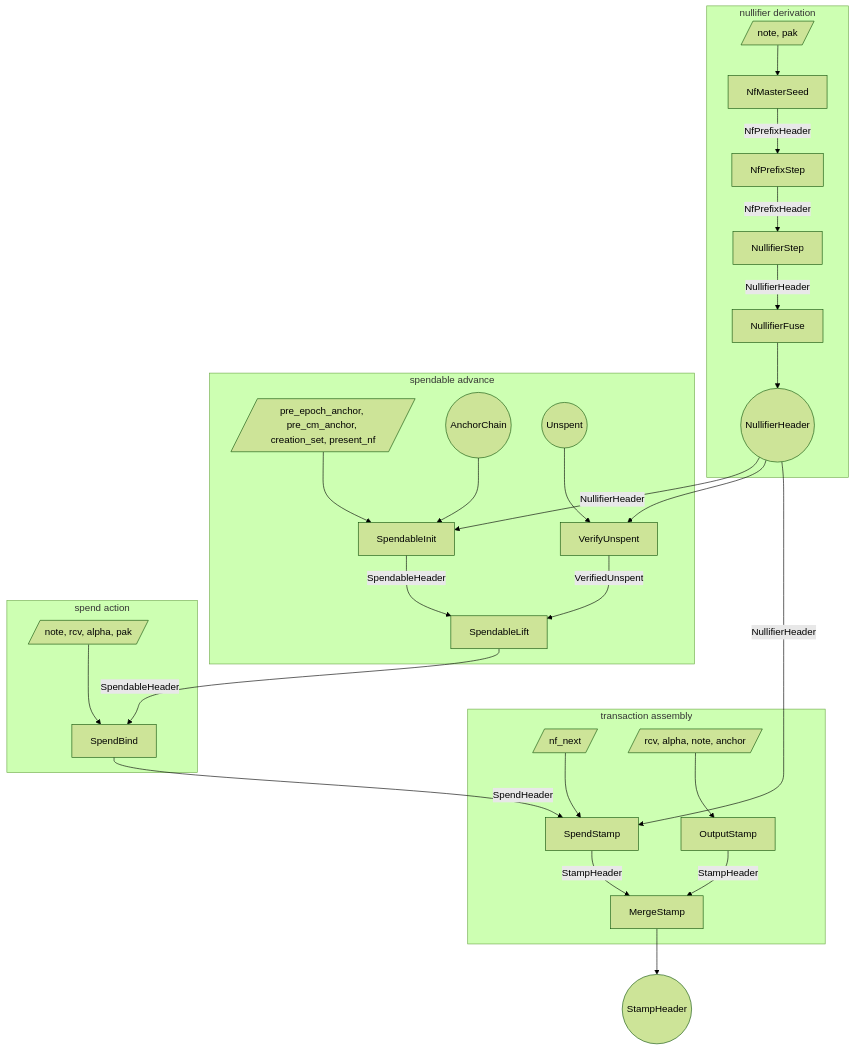
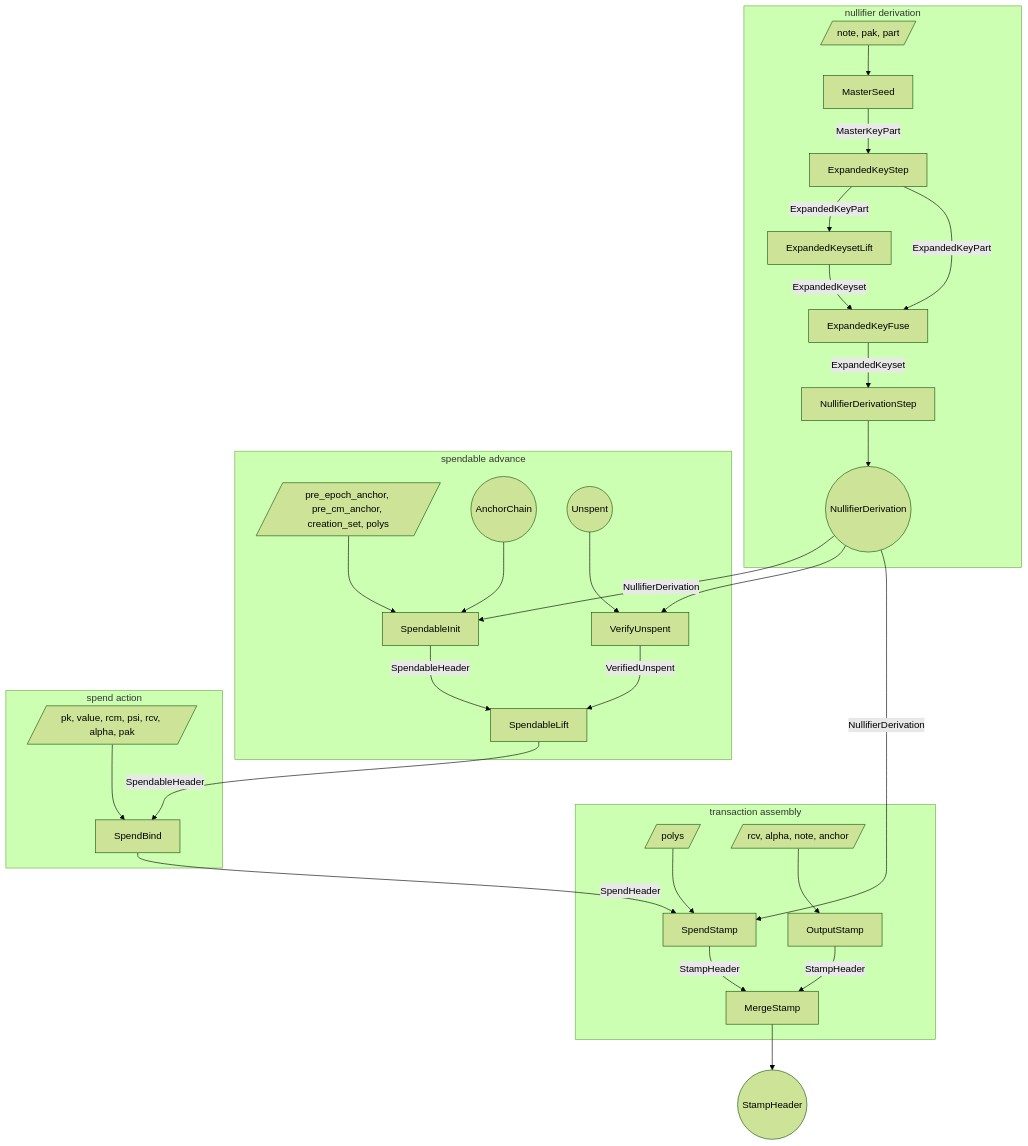
The first of 3 diagrams in book/src/proof-tree.md (tachyon-zcash/tachyon), drawn with Mermaid (forest theme) before and after one commit. The commit also changed other lines of this file and 7 other files, not shown here.

First line of the commit message:
Reconcile the book with MiMC nullifier derivation

````diff
--- a/book/src/proof-tree.md
+++ b/book/src/proof-tree.md
@@ -206,60 +209,63 @@
 ```mermaid
 flowchart TB
   subgraph derive [nullifier derivation]
-    w_seed[/note, pak/]
-    s_seed[NfMasterSeed]
-    s_walk[NfPrefixStep]
-    s_leaf[NullifierStep]
-    s_dfuse[NullifierFuse]
-    nf_range((NullifierHeader))
+    w_seed[/note, pak, part/]
+    s_seed[MasterSeed]
+    s_expand[ExpandedKeyStep]
+    s_klift[ExpandedKeysetLift]
+    s_kfuse[ExpandedKeyFuse]
+    s_derive[NullifierDerivationStep]
+    nf_derivation((NullifierDerivation))
   end
 
   subgraph spendable [spendable advance]
-    w_init[/pre_epoch_anchor, pre_cm_anchor, creation_set, present_nf/]
+    w_init[/pre_epoch_anchor, pre_cm_anchor, creation_set, polys/]
     anchor_init((AnchorChain))
     s_init[SpendableInit]
     unspent_in((Unspent))
     s_verify[VerifyUnspent]
     s_lift[SpendableLift]
   end
 
   subgraph spend_action [spend action]
-    w_bind[/note, rcv, alpha, pak/]
+    w_bind[/pk, value, rcm, psi, rcv, alpha, pak/]
     s_bind[SpendBind]
   end
 
   subgraph merge [transaction assembly]
-    w_stamp[/nf_next/]
+    w_stamp[/polys/]
     s_spendstamp[SpendStamp]
     w_output[/rcv, alpha, note, anchor/]
     s_output[OutputStamp]
     s_merge[MergeStamp]
   end
 
   stamp_out((StampHeader))
 
   w_seed --> s_seed
-  s_seed -->|NfPrefixHeader| s_walk
-  s_walk -->|NfPrefixHeader| s_leaf
-  s_leaf -->|NullifierHeader| s_dfuse
-  s_dfuse --> nf_range
+  s_seed -->|MasterKeyPart| s_expand
+  s_expand -->|ExpandedKeyPart| s_klift
+  s_klift -->|ExpandedKeyset| s_kfuse
+  s_expand -->|ExpandedKeyPart| s_kfuse
+  s_kfuse -->|ExpandedKeyset| s_derive
+  s_derive --> nf_derivation
 
   anchor_init --> s_init
-  nf_range -->|NullifierHeader| s_init
+  nf_derivation -->|NullifierDerivation| s_init
   w_init --> s_init
-  nf_range --> s_verify
+  nf_derivation --> s_verify
   unspent_in --> s_verify
   s_init -->|SpendableHeader| s_lift
   s_verify -->|VerifiedUnspent| s_lift
   s_lift -->|SpendableHeader| s_bind
 
   w_bind --> s_bind
   s_bind -->|SpendHeader| s_spendstamp
-  nf_range -->|NullifierHeader| s_spendstamp
+  nf_derivation -->|NullifierDerivation| s_spendstamp
   w_stamp --> s_spendstamp
 
   w_output --> s_output
   s_spendstamp -->|StampHeader| s_merge
   s_output -->|StampHeader| s_merge
   s_merge --> stamp_out
 ```
````
